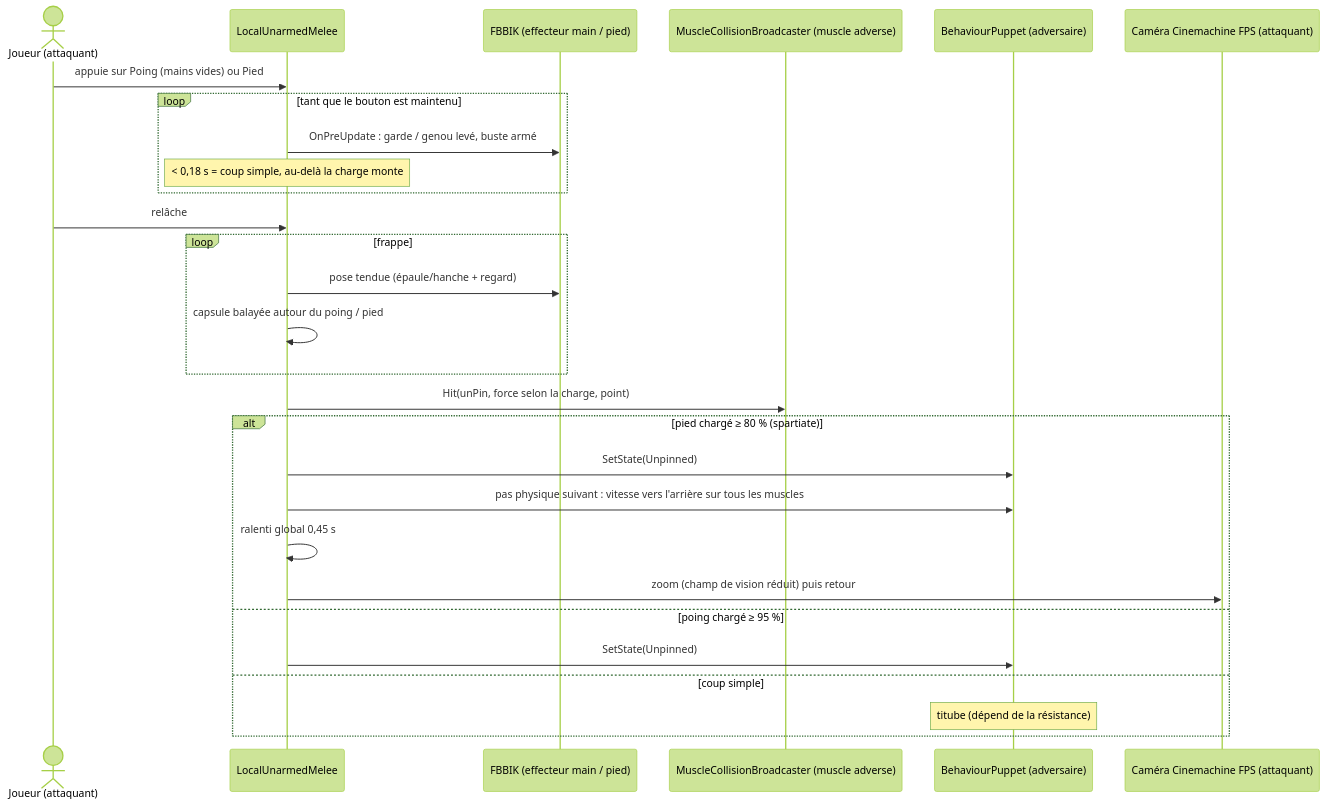
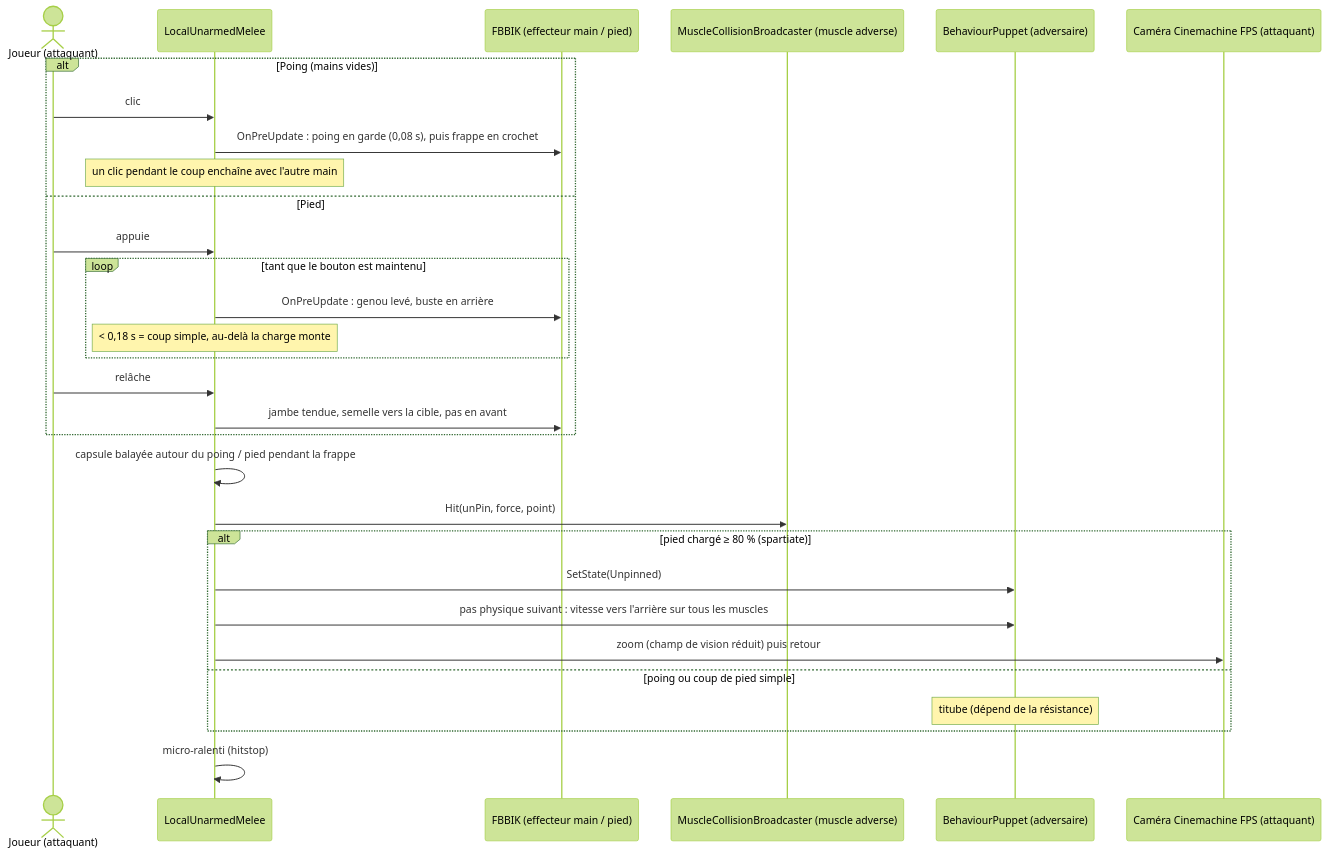
One commit to FlackyBoy/UntitledPoolgame changed the sixth of 7 diagrams in docs/content/tech/sequences.md. Above: the diagram before and after it, drawn with Mermaid (forest theme). The commit also changed 6 other files, not shown here.

````diff
--- a/docs/content/tech/sequences.md
+++ b/docs/content/tech/sequences.md
@@ -181,31 +181,33 @@
 ```mermaid
 sequenceDiagram
   actor J as Joueur (attaquant)
   participant U as LocalUnarmedMelee
   participant IK as FBBIK (effecteur main / pied)
   participant B as MuscleCollisionBroadcaster (muscle adverse)
   participant BP as BehaviourPuppet (adversaire)
   participant CAM as Caméra Cinemachine FPS (attaquant)
 
-  J->>U: appuie sur Poing (mains vides) ou Pied
-  loop tant que le bouton est maintenu
-    U->>IK: OnPreUpdate : garde / genou levé, buste armé
-    Note over U: < 0,18 s = coup simple, au-delà la charge monte
+  alt Poing (mains vides)
+    J->>U: clic
+    U->>IK: OnPreUpdate : poing en garde (0,08 s), puis frappe en crochet
+    Note over U: un clic pendant le coup enchaîne avec l'autre main
+  else Pied
+    J->>U: appuie
+    loop tant que le bouton est maintenu
+      U->>IK: OnPreUpdate : genou levé, buste en arrière
+      Note over U: < 0,18 s = coup simple, au-delà la charge monte
+    end
+    J->>U: relâche
+    U->>IK: jambe tendue, semelle vers la cible, pas en avant
   end
-  J->>U: relâche
-  loop frappe
-    U->>IK: pose tendue (épaule/hanche + regard)
-    U->>U: capsule balayée autour du poing / pied
-  end
-  U->>B: Hit(unPin, force selon la charge, point)
+  U->>U: capsule balayée autour du poing / pied pendant la frappe
+  U->>B: Hit(unPin, force, point)
   alt pied chargé ≥ 80 % (spartiate)
     U->>BP: SetState(Unpinned)
     U->>BP: pas physique suivant : vitesse vers l'arrière sur tous les muscles
-    U->>U: ralenti global 0,45 s
     U->>CAM: zoom (champ de vision réduit) puis retour
-  else poing chargé ≥ 95 %
-    U->>BP: SetState(Unpinned)
-  else coup simple
+  else poing ou coup de pied simple
     Note over BP: titube (dépend de la résistance)
   end
+  U->>U: micro-ralenti (hitstop)
 ```
````
